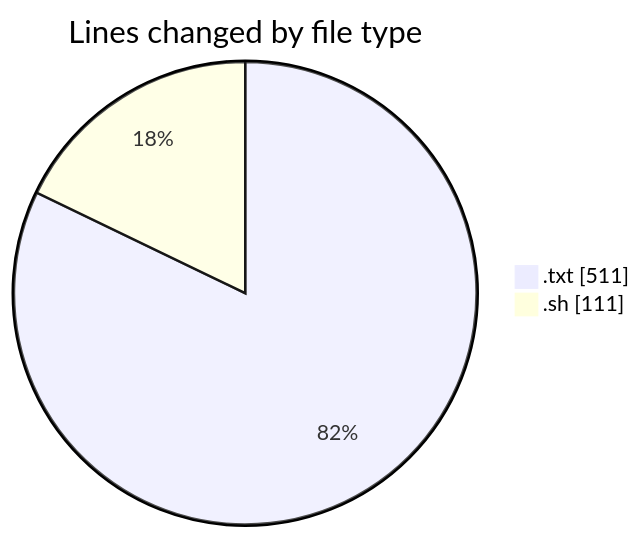
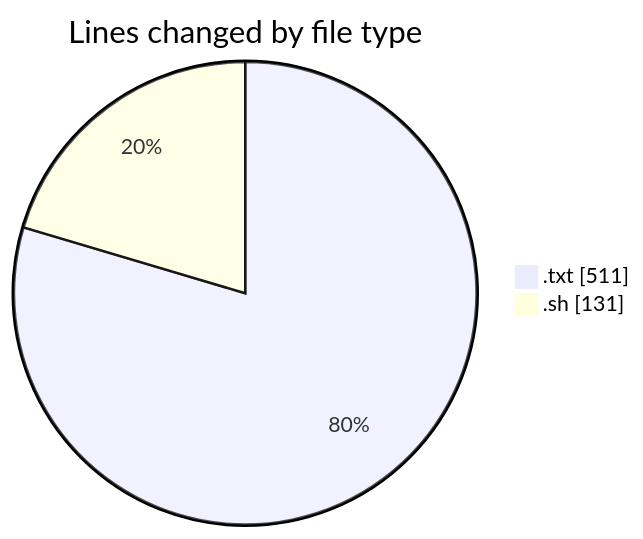
One commit to ricardozamudiocil/code-tracking changed the first of 2 diagrams in 2026-04-16/scripts/README.md. Above: the diagram before and after it, drawn with Mermaid. The commit also changed other lines of this file and 1 other file, not shown here.

````diff
--- a/2026-04-16/scripts/README.md
+++ b/2026-04-16/scripts/README.md
@@ -21,6 +21,6 @@
 ```mermaid
 pie showData
 title Lines changed by file type
 ".txt" : 511
-".sh" : 111
+".sh" : 131
 ```
````
